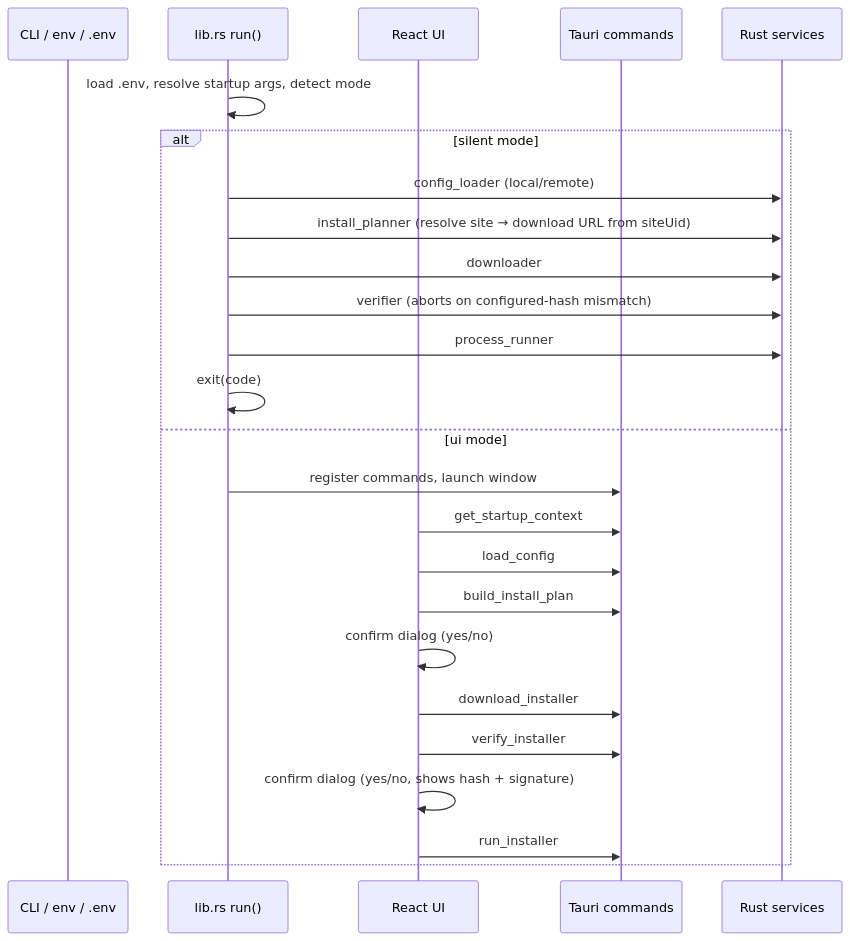
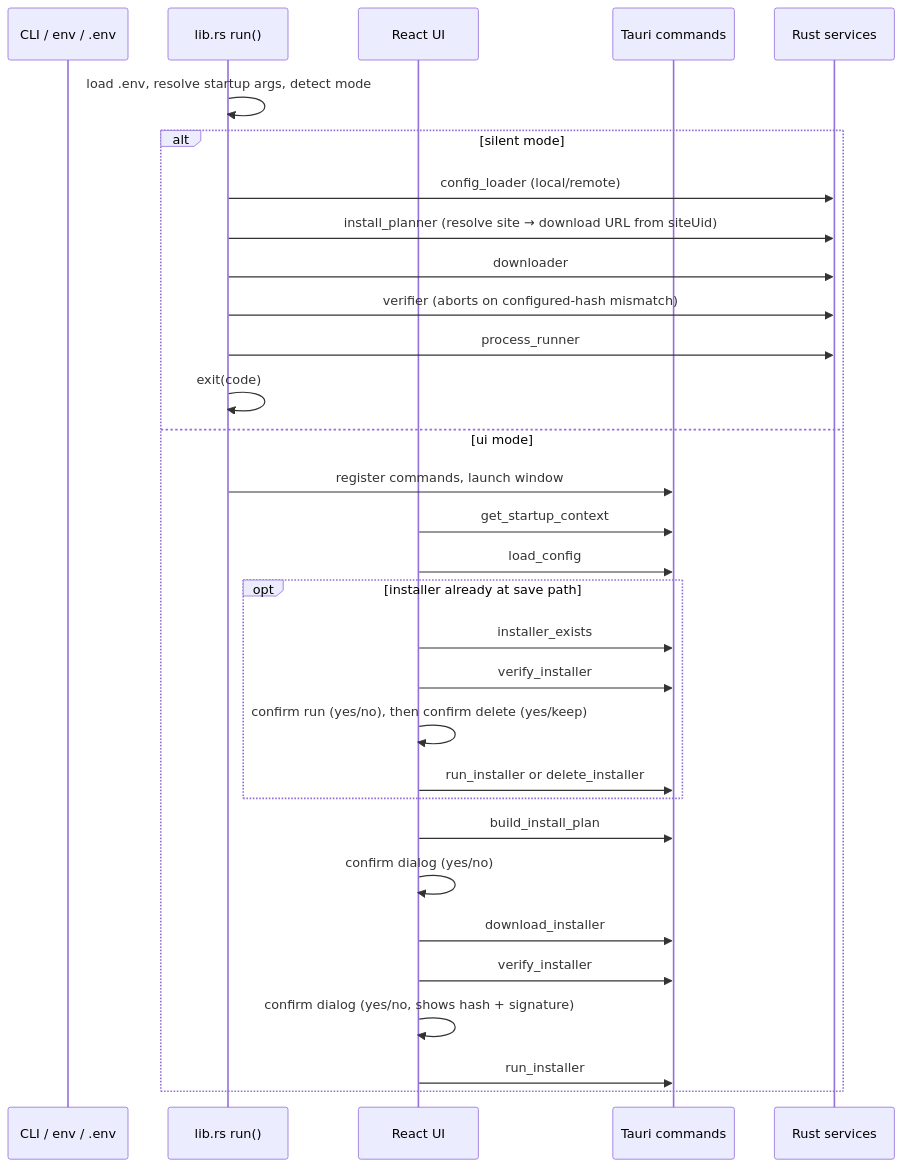
The diagram in FUNCTIONALITY.md (imthatguyhere/datt-oh), drawn with Mermaid before and after one commit. The commit also changed other lines of this file, not shown here.

Commit message:
docs(AI): :memo: document leftover installer startup prompt and installer_exists/delete_installer

````diff
--- a/FUNCTIONALITY.md
+++ b/FUNCTIONALITY.md
@@ -7,28 +7,34 @@
 ```mermaid
 sequenceDiagram
     participant CLI as CLI / env / .env
     participant Boot as lib.rs run()
     participant UI as React UI
     participant Cmd as Tauri commands
     participant Svc as Rust services
 
     Boot->>Boot: load .env, resolve startup args, detect mode
     alt silent mode
         Boot->>Svc: config_loader (local/remote)
         Boot->>Svc: install_planner (resolve site → download URL from siteUid)
         Boot->>Svc: downloader
         Boot->>Svc: verifier (aborts on configured-hash mismatch)
         Boot->>Svc: process_runner
         Boot->>Boot: exit(code)
     else ui mode
         Boot->>Cmd: register commands, launch window
         UI->>Cmd: get_startup_context
         UI->>Cmd: load_config
+        opt installer already at save path
+            UI->>Cmd: installer_exists
+            UI->>Cmd: verify_installer
+            UI->>UI: confirm run (yes/no), then confirm delete (yes/keep)
+            UI->>Cmd: run_installer or delete_installer
+        end
         UI->>Cmd: build_install_plan
         UI->>UI: confirm dialog (yes/no)
         UI->>Cmd: download_installer
         UI->>Cmd: verify_installer
         UI->>UI: confirm dialog (yes/no, shows hash + signature)
         UI->>Cmd: run_installer
     end
 ```
````
